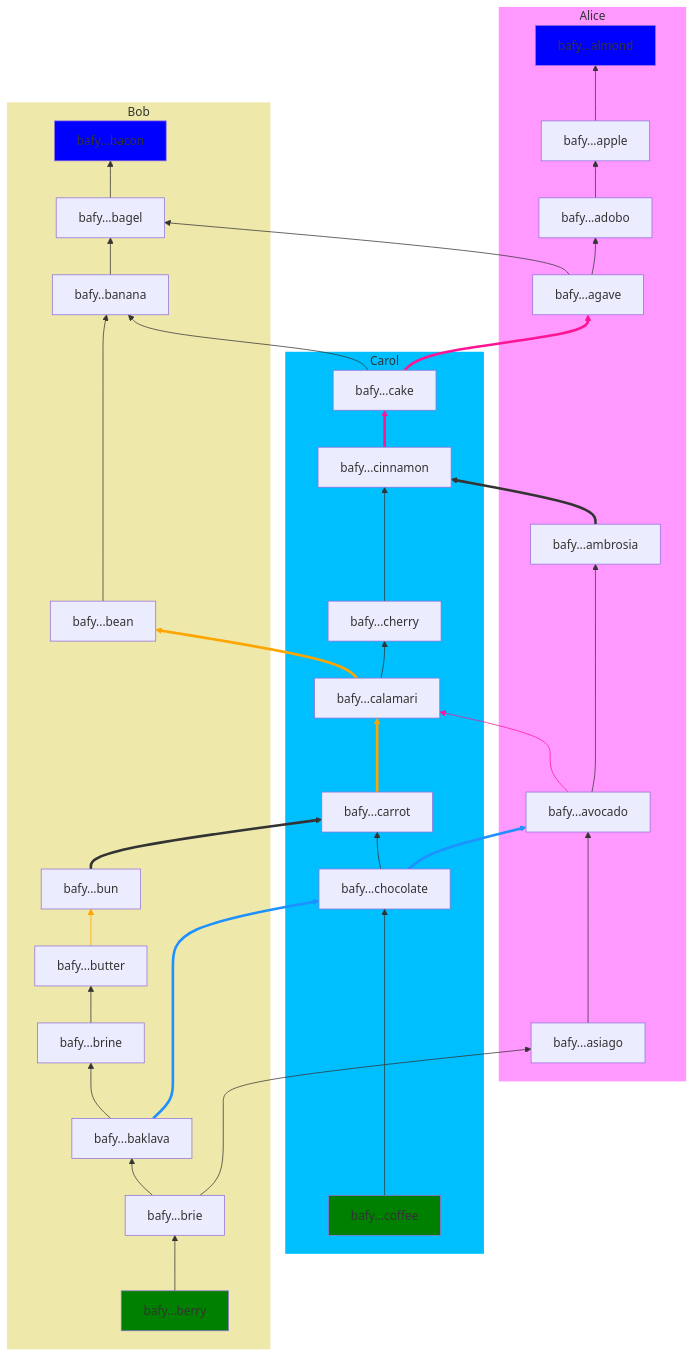
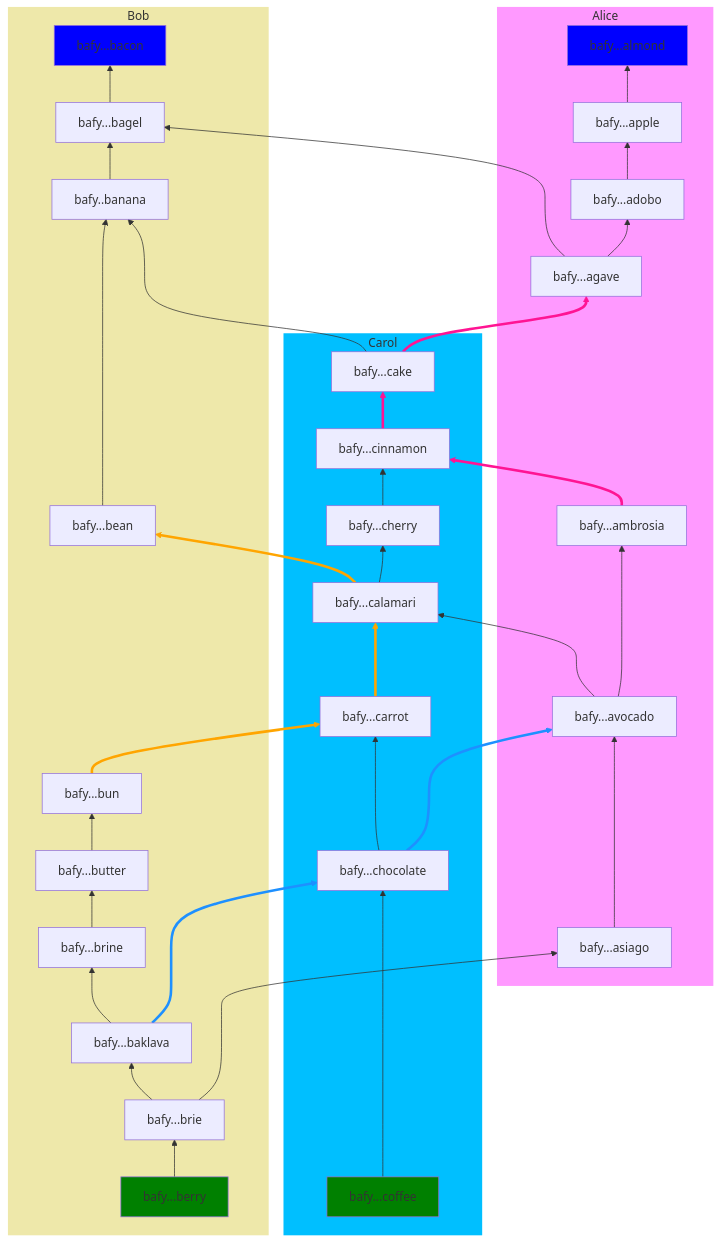
Before and after one commit to RhizomeDB/spec: the third of 5 diagrams in README.md, drawn with Mermaid. The commit also changed other lines of this file, not shown here.

Commit message:
Finish with the history lesson :P

````diff
--- a/README.md
+++ b/README.md
@@ -494,17 +494,16 @@
     agave --> adobo
     bagel --> bacon
     banana --> bagel
-    avocado -----> ambrosia
+    avocado ----> ambrosia
     cake --> banana
     cinnamon ==> cake
     cherry --> cinnamon
     calamari --> cherry
     carrot ===> calamari
-    chocolate --> carrot
+    chocolate ---> carrot
     chocolate ==> avocado
     calamari ==> bean
     berry --> brie
-    %% bean --> adobo
     bun ==> carrot
     butter --> bun
     brine --> butter
@@ -527,10 +526,11 @@
         %% calamari -> bean -> adobo
             linkStyle 11 stroke: orange;
             linkStyle 14 stroke: orange;
-            linkStyle 17 stroke: orange;
+            linkStyle 16 stroke: orange;
 
         %% ambrosia -> cinnamon -> cake -> agave
             linkStyle 8  stroke: deeppink;
+            linkStyle 24 stroke: deeppink;
             linkStyle 25 stroke: deeppink;
-            linkStyle 26 stroke: deeppink;
+
 ```
````
